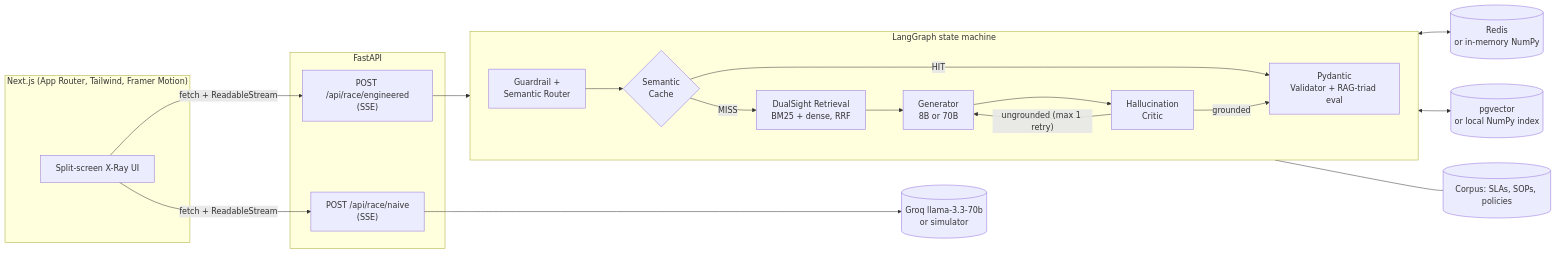
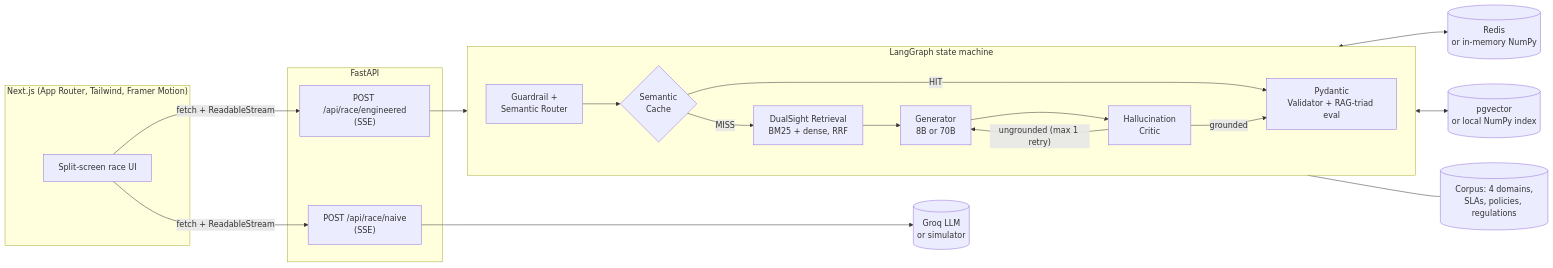
One commit to NDNathanRocks/aegis-ai-race changed the diagram in README.md. Above: the diagram before and after it, drawn with Mermaid. The commit also changed other lines of this file and 21 other files, not shown here.

First line of the commit message:
Live accuracy, cache figure guard, invoice payout field; README rewrite

````diff
--- a/README.md
+++ b/README.md
@@ -51,25 +54,25 @@
 ```mermaid
 flowchart LR
   subgraph Browser["Next.js (App Router, Tailwind, Framer Motion)"]
-    UI[Split-screen X-Ray UI]
+    UI[Split-screen race UI]
   end
   subgraph API["FastAPI"]
     N["POST /api/race/naive<br/>(SSE)"]
     E["POST /api/race/engineered<br/>(SSE)"]
   end
   UI -- "fetch + ReadableStream" --> N
   UI -- "fetch + ReadableStream" --> E
-  N --> LLM70[("Groq llama-3.3-70b<br/>or simulator")]
+  N --> LLM[("Groq LLM<br/>or simulator")]
   E --> G
   subgraph G["LangGraph state machine"]
     direction LR
     R[Guardrail +<br/>Semantic Router] --> C{Semantic<br/>Cache}
     C -- HIT --> V
     C -- MISS --> H[DualSight Retrieval<br/>BM25 + dense, RRF] --> GEN[Generator<br/>8B or 70B] --> K[Hallucination<br/>Critic]
     K -- "ungrounded (max 1 retry)" --> GEN
     K -- grounded --> V[Pydantic<br/>Validator + RAG-triad eval]
   end
   C <--> RD[("Redis<br/>or in-memory NumPy")]
   H <--> VS[("pgvector<br/>or local NumPy index")]
-  H --- KB[("Corpus: SLAs, SOPs, policies")]
+  H --- KB[("Corpus: 4 domains,<br/>SLAs, policies, regulations")]
 ```
````
